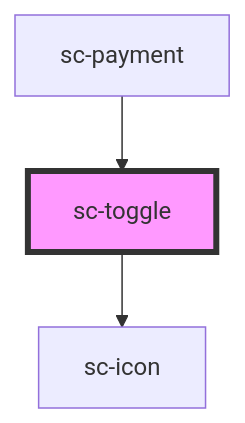
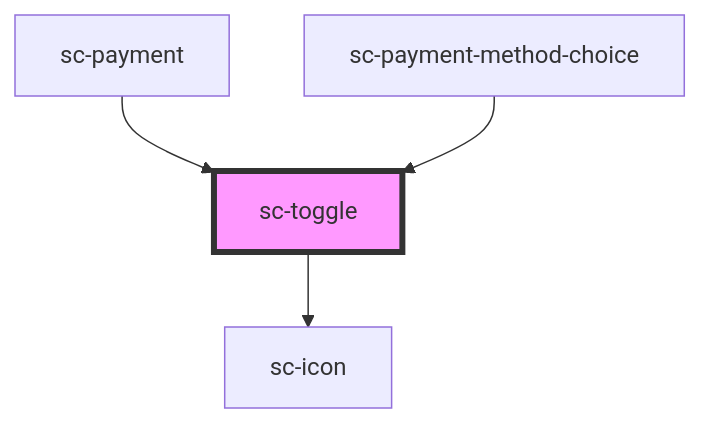
One commit to surecart/surecart-wp-plugin changed the diagram in packages/components/src/components/ui/sc-toggle/readme.md. Above: the diagram before and after it, drawn with Mermaid. The commit also changed other lines of this file and 52 other files, not shown here.

````diff
--- a/packages/components/src/components/ui/sc-toggle/readme.md
+++ b/packages/components/src/components/ui/sc-toggle/readme.md
@@ -53,6 +54,7 @@
 ```mermaid
 graph TD;
   sc-toggle --> sc-icon
   sc-payment --> sc-toggle
+  sc-payment-method-choice --> sc-toggle
   style sc-toggle fill:#f9f,stroke:#333,stroke-width:4px
 ```
````
